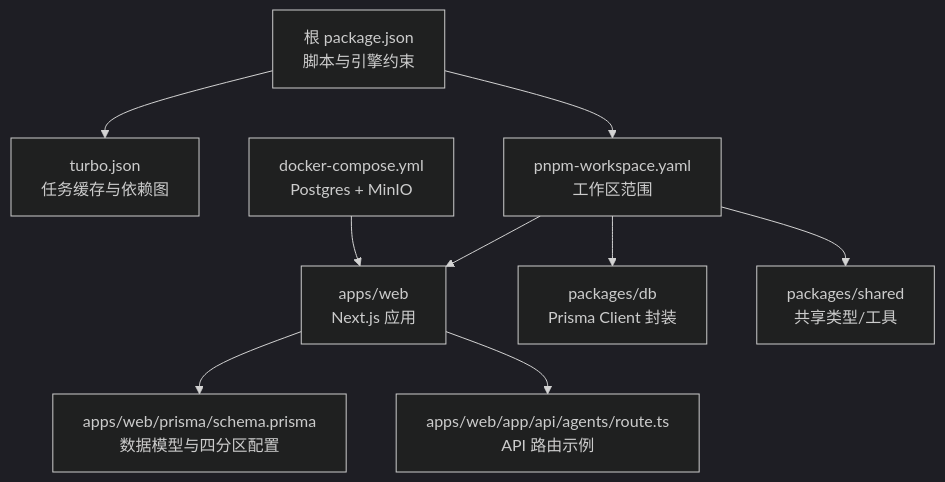
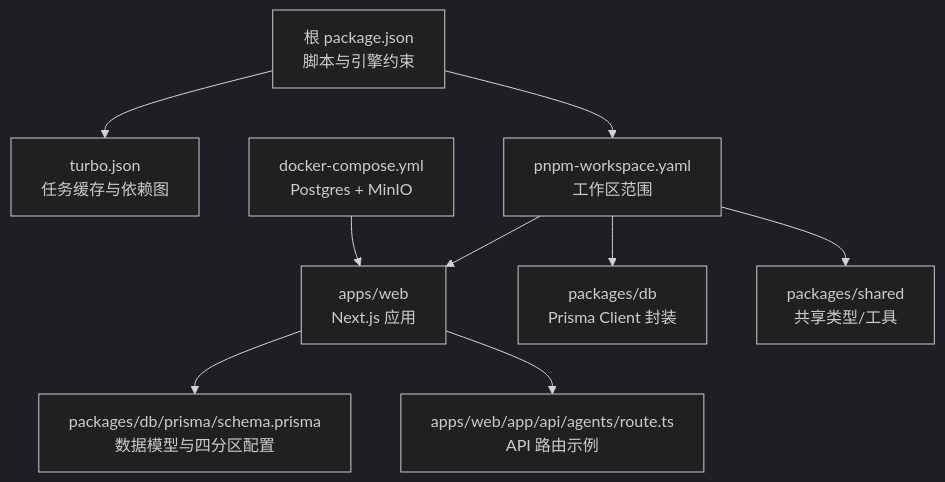
One commit to ai-guru-global/agent-up changed the first of 6 diagrams in .qoder/repowiki/zh/content/快速开始.md. Above: the diagram before and after it, drawn with Mermaid (dark theme). The commit also changed other lines of this file and 169 other files, not shown here.

````diff
--- a/.qoder/repowiki/zh/content/快速开始.md
+++ b/.qoder/repowiki/zh/content/快速开始.md
@@ -42,11 +42,11 @@
 ```mermaid
 graph TB
 A["根 package.json<br/>脚本与引擎约束"] --> B["turbo.json<br/>任务缓存与依赖图"]
 A --> C["pnpm-workspace.yaml<br/>工作区范围"]
 C --> D["apps/web<br/>Next.js 应用"]
 C --> E["packages/db<br/>Prisma Client 封装"]
 C --> F["packages/shared<br/>共享类型/工具"]
-D --> G["apps/web/prisma/schema.prisma<br/>数据模型与四分区配置"]
+D --> G["packages/db/prisma/schema.prisma<br/>数据模型与四分区配置"]
 D --> H["apps/web/app/api/agents/route.ts<br/>API 路由示例"]
 I["docker-compose.yml<br/>Postgres + MinIO"] --> D
 ```
````
